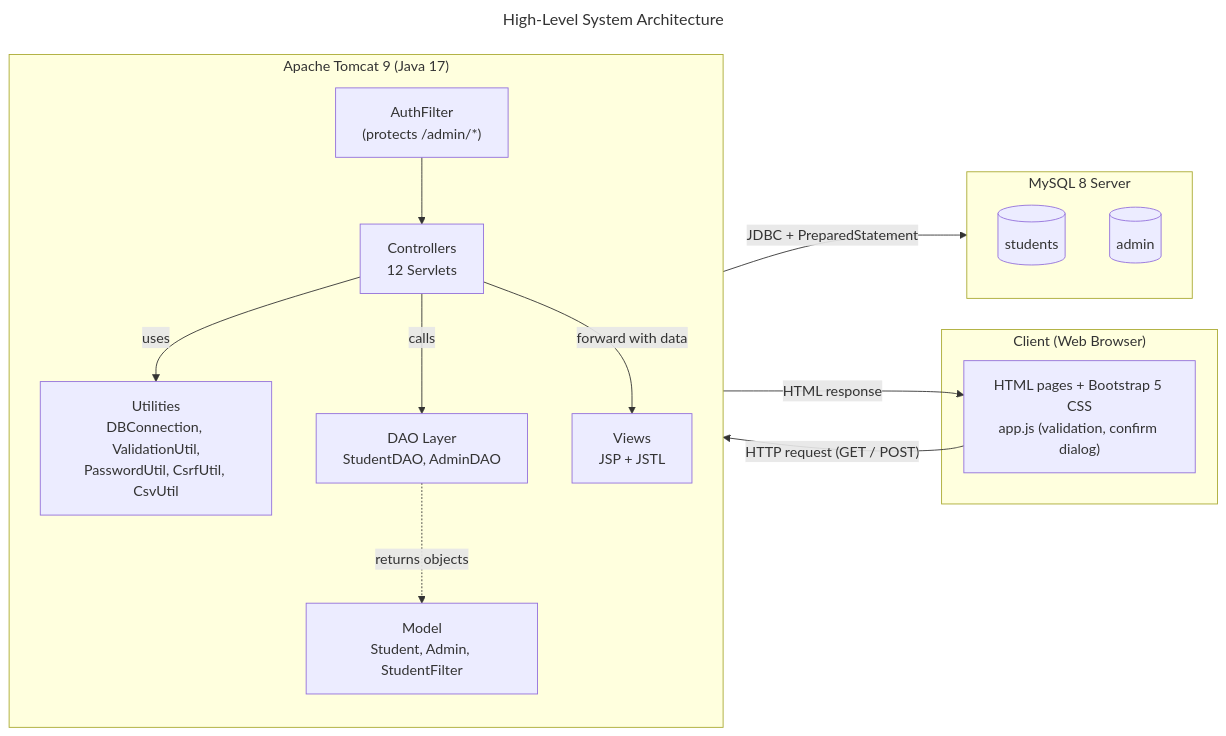
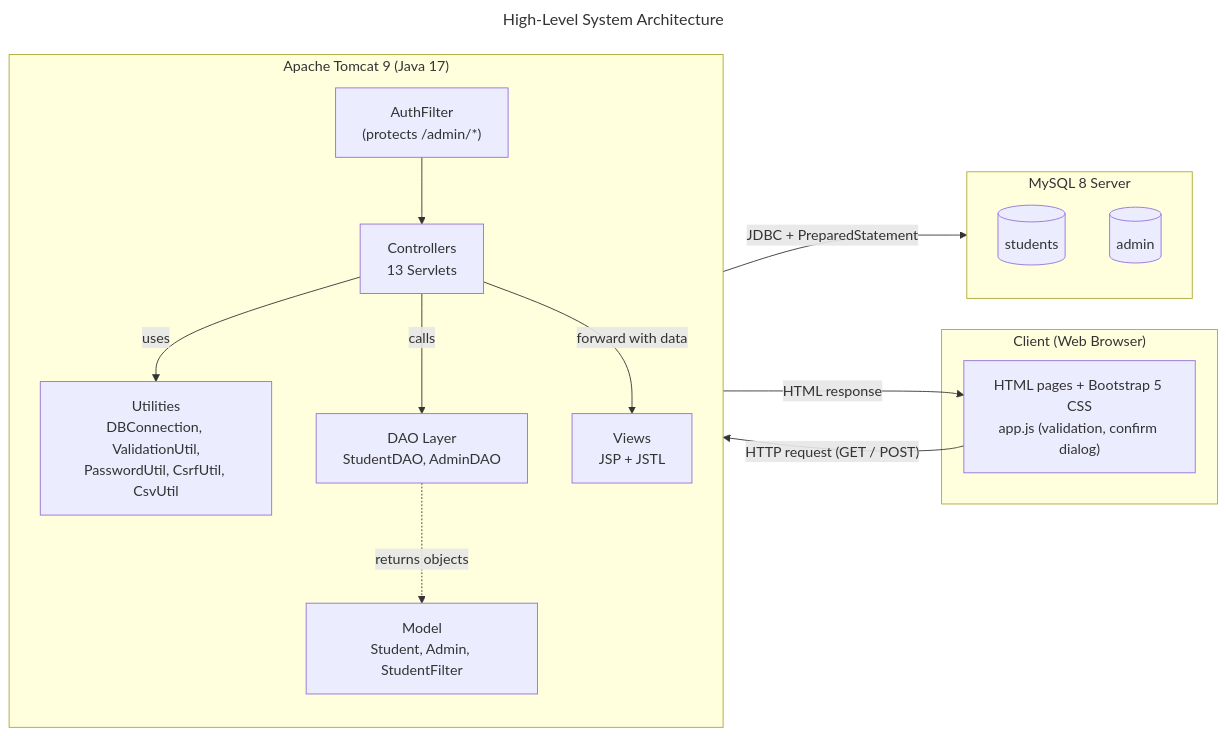
The first of 5 diagrams in docs/ARCHITECTURE.md (Nikhilnmv/PBLJ-Student_Management_System), drawn with Mermaid before and after one commit. The commit also changed other lines of this file and 30 other files, not shown here.

````diff
--- a/docs/ARCHITECTURE.md
+++ b/docs/ARCHITECTURE.md
@@ -20,33 +20,33 @@
 ```mermaid
 ---
 title: High-Level System Architecture
 ---
 flowchart LR
     subgraph Client["Client (Web Browser)"]
         UI["HTML pages + Bootstrap 5 CSS<br/>app.js (validation, confirm dialog)"]
     end
 
     subgraph Server["Apache Tomcat 9 (Java 17)"]
         direction TB
         F["AuthFilter<br/>(protects /admin/*)"]
-        C["Controllers<br/>12 Servlets"]
+        C["Controllers<br/>13 Servlets"]
         V["Views<br/>JSP + JSTL"]
         D["DAO Layer<br/>StudentDAO, AdminDAO"]
         U["Utilities<br/>DBConnection, ValidationUtil,<br/>PasswordUtil, CsrfUtil, CsvUtil"]
         M["Model<br/>Student, Admin, StudentFilter"]
     end
 
     subgraph DB["MySQL 8 Server"]
         T1[("students")]
         T2[("admin")]
     end
 
     UI -- "HTTP request (GET / POST)" --> F
     F --> C
     C -- "uses" --> U
     C -- "calls" --> D
     D -- "JDBC + PreparedStatement" --> DB
     D -. "returns objects" .-> M
     C -- "forward with data" --> V
     V -- "HTML response" --> UI
 ```
````
